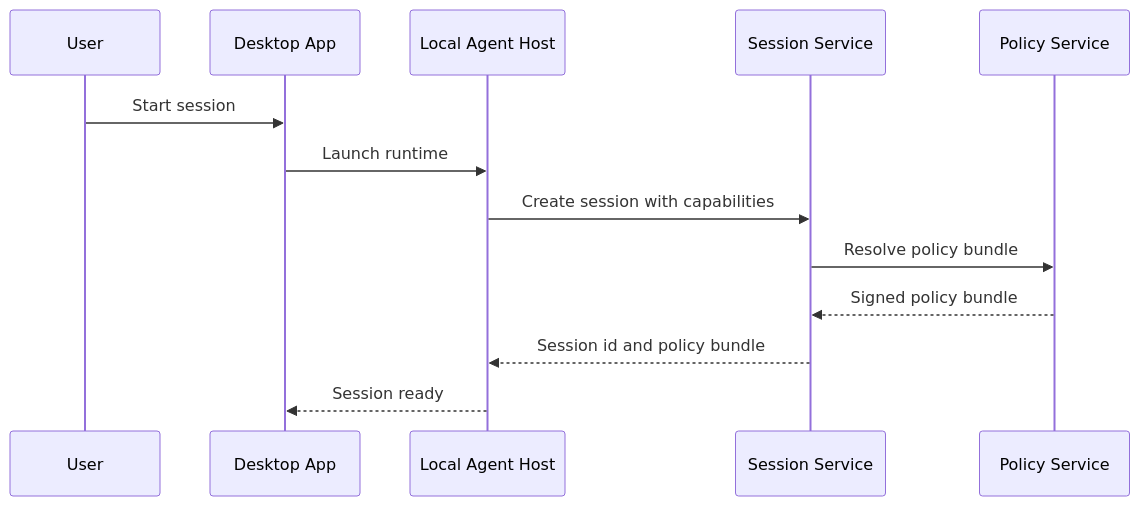
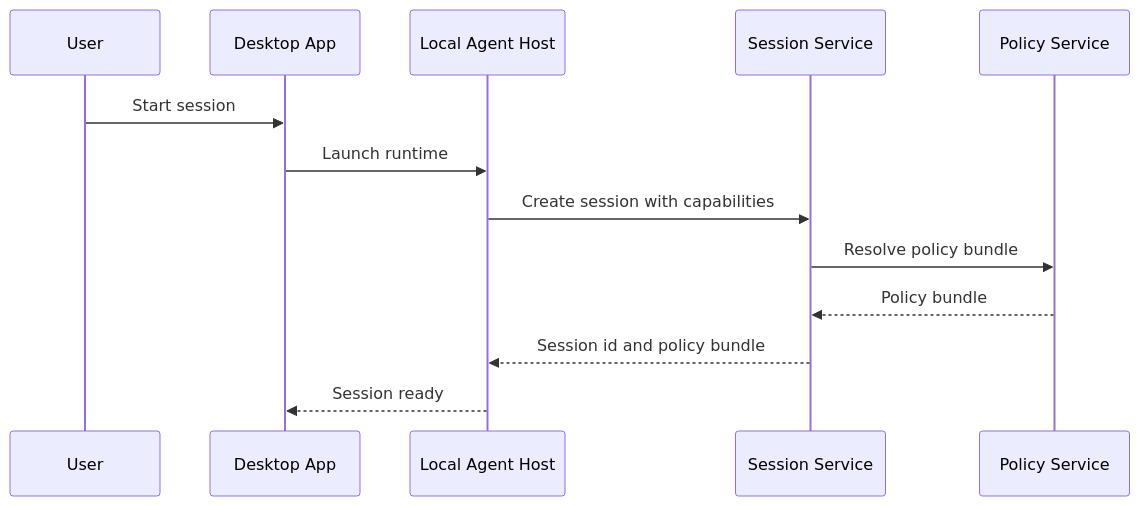
The second of 8 diagrams in local-agent-loop-design.md (suman724/local-agent-loop), drawn with Mermaid before and after one commit. The commit also changed other lines of this file and 1 other file, not shown here.

````diff
--- a/local-agent-loop-design.md
+++ b/local-agent-loop-design.md
@@ -511,16 +677,16 @@
 ```mermaid
 sequenceDiagram
   participant User
   participant DesktopApp as Desktop App
   participant LocalAgentHost as Local Agent Host
   participant SessionService as Session Service
   participant PolicyService as Policy Service
 
   User->>DesktopApp: Start session
   DesktopApp->>LocalAgentHost: Launch runtime
   LocalAgentHost->>SessionService: Create session with capabilities
   SessionService->>PolicyService: Resolve policy bundle
-  PolicyService-->>SessionService: Signed policy bundle
+  PolicyService-->>SessionService: Policy bundle
   SessionService-->>LocalAgentHost: Session id and policy bundle
   LocalAgentHost-->>DesktopApp: Session ready
 ```
````
